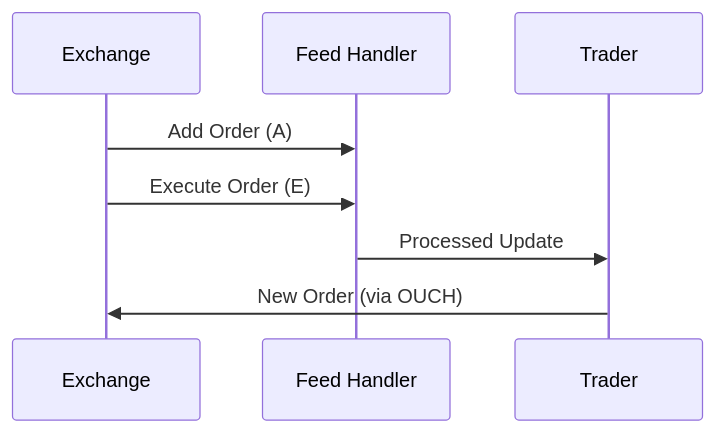
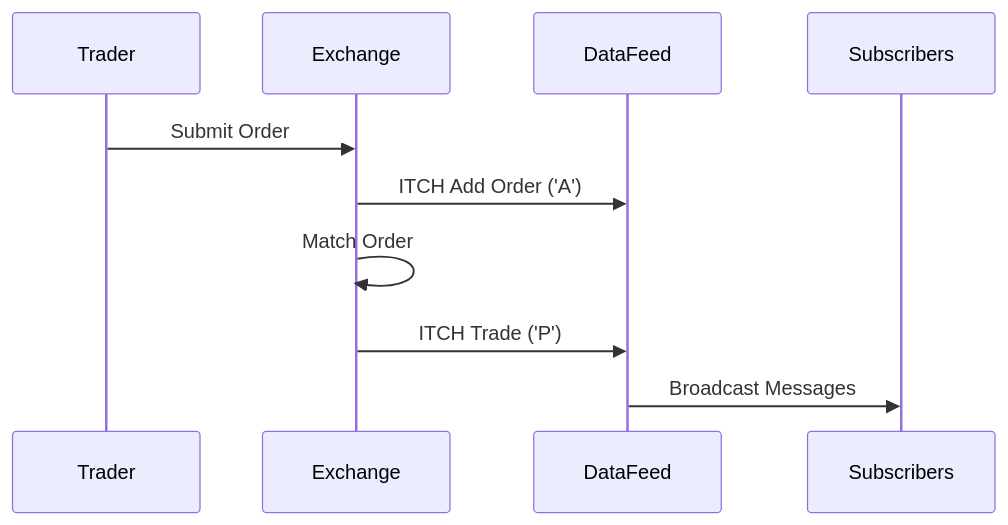
Before and after one commit to VrushankPatel/interview-matters: the diagram in itch-protocol/README.md, drawn with Mermaid. The commit also changed other lines of this file and 5 other files, not shown here.

Commit message:
kb: add 5 topics (fix-protocol, itch-protocol, ouch-protocol, market-data, order-entry-protocols) + update spec and pending

````diff
--- a/itch-protocol/README.md
+++ b/itch-protocol/README.md
@@ -87,10 +76,12 @@
 ```mermaid
 sequenceDiagram
+    participant Trader
     participant Exchange
-    participant Feed Handler
-    participant Trader
-    Exchange->>Feed Handler: Add Order (A)
-    Exchange->>Feed Handler: Execute Order (E)
-    Feed Handler->>Trader: Processed Update
-    Trader->>Exchange: New Order (via OUCH)
+    participant DataFeed
+
+    Trader->>Exchange: Submit Order
+    Exchange->>DataFeed: ITCH Add Order ('A')
+    Exchange->>Exchange: Match Order
+    Exchange->>DataFeed: ITCH Trade ('P')
+    DataFeed->>Subscribers: Broadcast Messages
 ```
````
